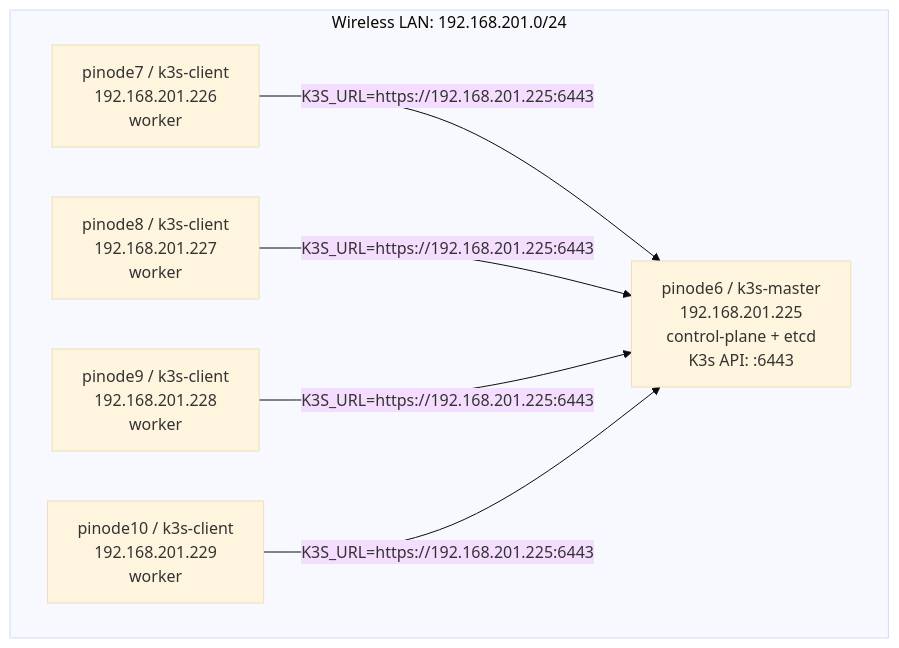
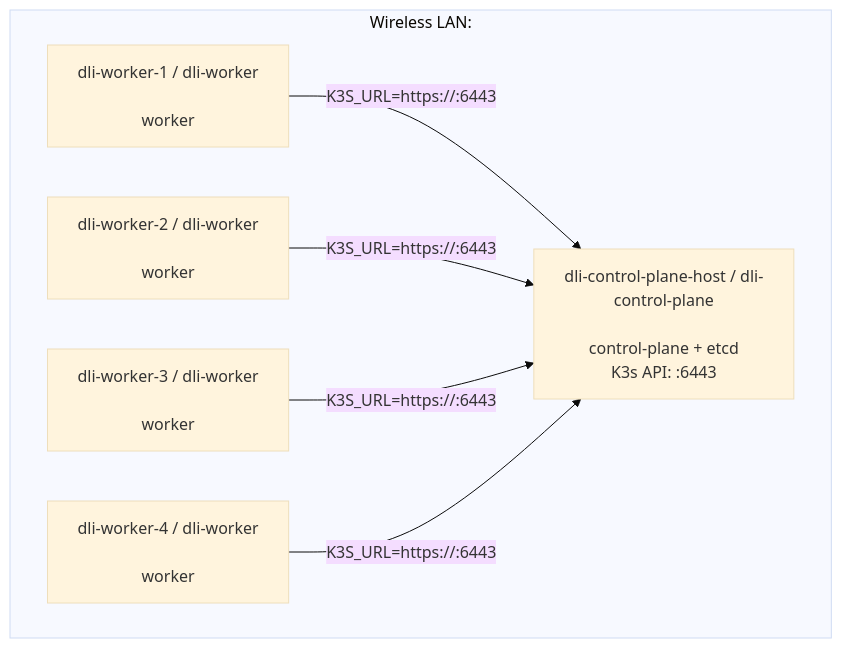
The diagram in documentation/k3s-cluster-topology.md (mihaid150/distributed-layer-inference), drawn with Mermaid (base theme) before and after one commit. The commit also changed other lines of this file and 22 other files, not shown here.

````diff
--- a/documentation/k3s-cluster-topology.md
+++ b/documentation/k3s-cluster-topology.md
@@ -63,15 +46,15 @@
 ```mermaid
 flowchart TB
-    subgraph LAN["Wireless LAN: 192.168.201.0/24"]
-        M["pinode6 / k3s-master<br/>192.168.201.225<br/>control-plane + etcd<br/>K3s API: :6443"]
-        W1["pinode7 / k3s-client<br/>192.168.201.226<br/>worker"]
-        W2["pinode8 / k3s-client<br/>192.168.201.227<br/>worker"]
-        W3["pinode9 / k3s-client<br/>192.168.201.228<br/>worker"]
-        W4["pinode10 / k3s-client<br/>192.168.201.229<br/>worker"]
+    subgraph LAN["Wireless LAN: <CLUSTER_SUBNET_CIDR>"]
+        M["dli-control-plane-host / dli-control-plane<br/><CONTROL_PLANE_IP><br/>control-plane + etcd<br/>K3s API: :6443"]
+        W1["dli-worker-1 / dli-worker<br/><WORKER_1_IP><br/>worker"]
+        W2["dli-worker-2 / dli-worker<br/><WORKER_2_IP><br/>worker"]
+        W3["dli-worker-3 / dli-worker<br/><WORKER_3_IP><br/>worker"]
+        W4["dli-worker-4 / dli-worker<br/><WORKER_4_IP><br/>worker"]
     end
 
-    W1 -->|"K3S_URL=https://192.168.201.225:6443"| M
-    W2 -->|"K3S_URL=https://192.168.201.225:6443"| M
-    W3 -->|"K3S_URL=https://192.168.201.225:6443"| M
-    W4 -->|"K3S_URL=https://192.168.201.225:6443"| M
+    W1 -->|"K3S_URL=https://<CONTROL_PLANE_IP>:6443"| M
+    W2 -->|"K3S_URL=https://<CONTROL_PLANE_IP>:6443"| M
+    W3 -->|"K3S_URL=https://<CONTROL_PLANE_IP>:6443"| M
+    W4 -->|"K3S_URL=https://<CONTROL_PLANE_IP>:6443"| M
 ```
````
